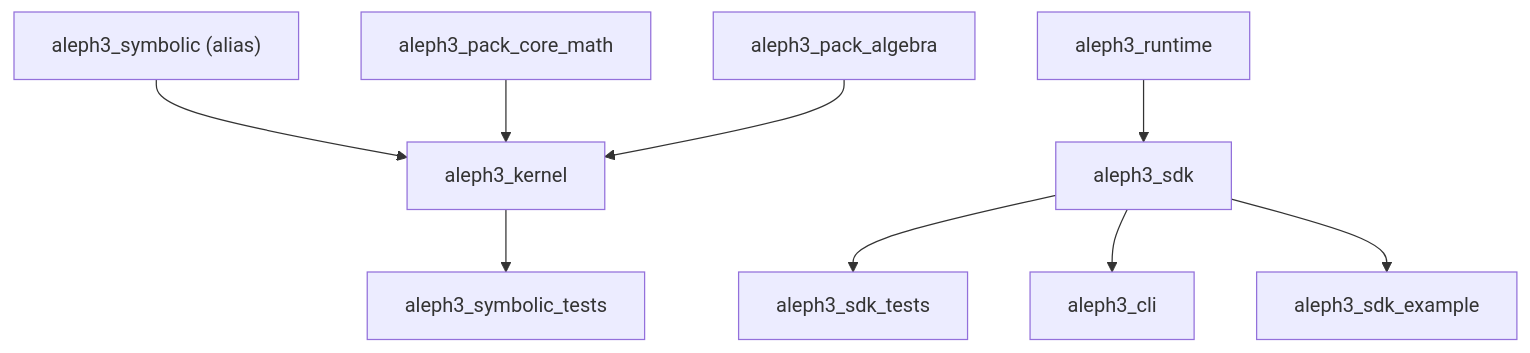
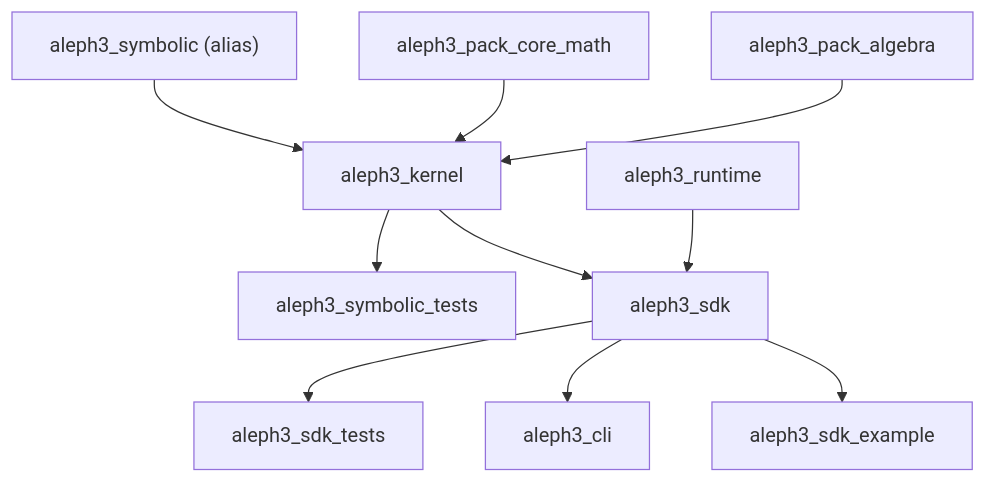
Before and after one commit to sergiorf/aleph3: the diagram in docs/sdk/build_and_targets.md, drawn with Mermaid. The commit also changed other lines of this file and 15 other files, not shown here.

````diff
--- a/docs/sdk/build_and_targets.md
+++ b/docs/sdk/build_and_targets.md
@@ -43,11 +52,12 @@
 ```mermaid
 flowchart TD
     Kernel["aleph3_kernel"] --> SymbolicTests["aleph3_symbolic_tests"]
     Symbolic["aleph3_symbolic (alias)"] --> Kernel
     CoreMath["aleph3_pack_core_math"] --> Kernel
     Algebra["aleph3_pack_algebra"] --> Kernel
-    Runtime["aleph3_runtime"] --> Sdk["aleph3_sdk"]
+    Kernel --> Sdk["aleph3_sdk"]
+    Runtime["aleph3_runtime"] --> Sdk
     Sdk --> SdkTests["aleph3_sdk_tests"]
     Sdk --> Cli["aleph3_cli"]
     Sdk --> Example["aleph3_sdk_example"]
 ```
````
